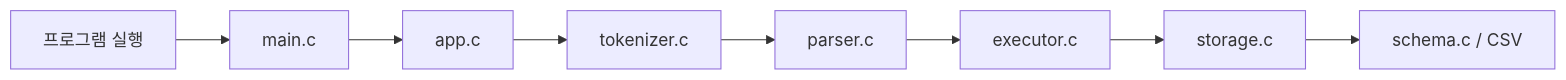
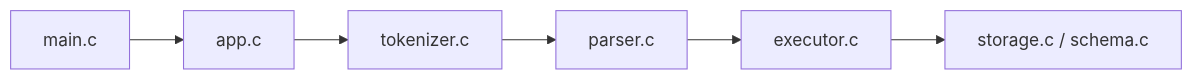
Before and after one commit to Jungle-12-303/week6-team5-sql: the second of 8 diagrams in README.md, drawn with Mermaid. The commit also changed other lines of this file, not shown here.

````diff
--- a/README.md
+++ b/README.md
@@ -94,10 +31,8 @@
 ```mermaid
 flowchart LR
-    A["프로그램 실행"] --> B["main.c"]
-    B --> C["app.c"]
-    C --> D["tokenizer.c"]
-    D --> E["parser.c"]
-    E --> F["executor.c"]
-    F --> G["storage.c"]
-    G --> H["schema.c / CSV"]
+    A["main.c"] --> B["app.c"]
+    B --> C["tokenizer.c"]
+    C --> D["parser.c"]
+    D --> E["executor.c"]
+    E --> F["storage.c / schema.c"]
 ```
````
